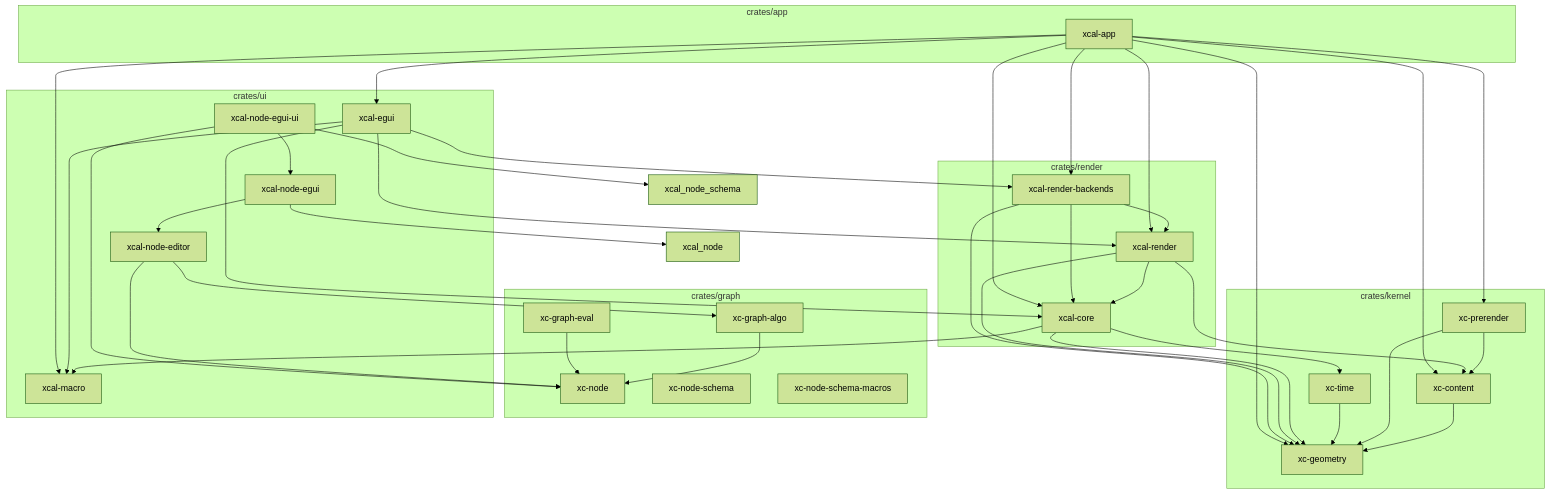
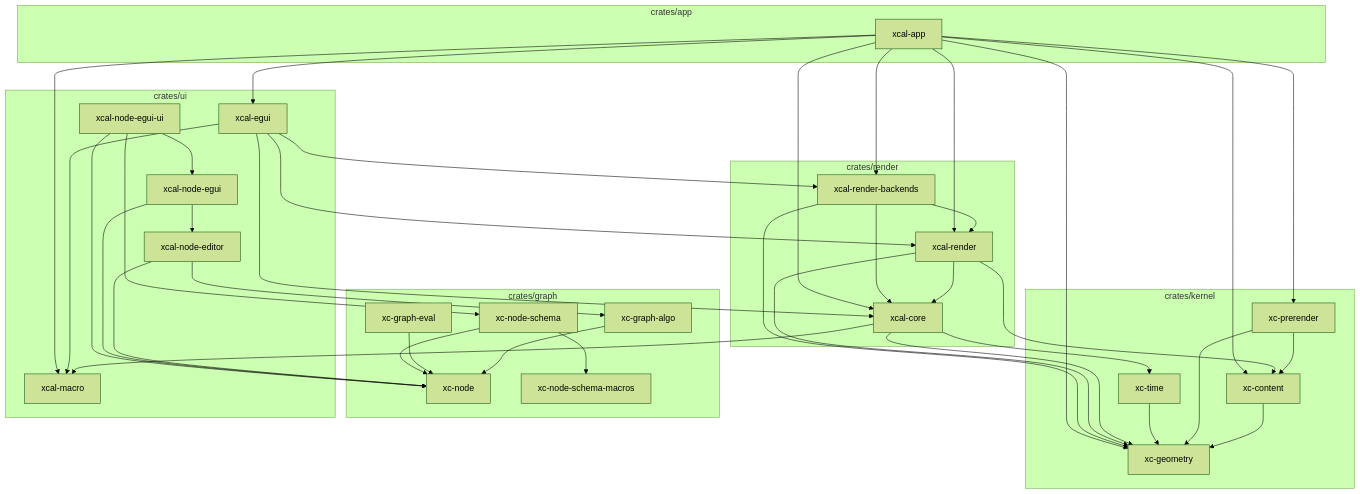
Before and after one commit to xcrtp/xcal-rs: the diagram in ARCHITECTURE.md, drawn with Mermaid (forest theme). The commit also changed other lines of this file and 21 other files, not shown here.

```diff
--- a/ARCHITECTURE.md
+++ b/ARCHITECTURE.md
@@ -63,6 +63,8 @@
     %% graph → kernel
     xc_graph_algo --> xc_node
     xc_graph_eval --> xc_node
+    xc_node_schema --> xc_node
+    xc_node_schema --> xc_node_schema_macros
 
     %% render → kernel + graph + UI sibling
     xcal_core --> xc_geometry
@@ -83,10 +85,10 @@
     xcal_egui --> xcal_render_backends
     xcal_node_editor --> xc_node
     xcal_node_editor --> xc_graph_algo
-    xcal_node_egui --> xcal_node
+    xcal_node_egui --> xc_node
     xcal_node_egui --> xcal_node_editor
     xcal_node_egui_ui --> xc_node
-    xcal_node_egui_ui --> xcal_node_schema
+    xcal_node_egui_ui --> xc_node_schema
     xcal_node_egui_ui --> xcal_node_egui
 
     %% app → everything
```
